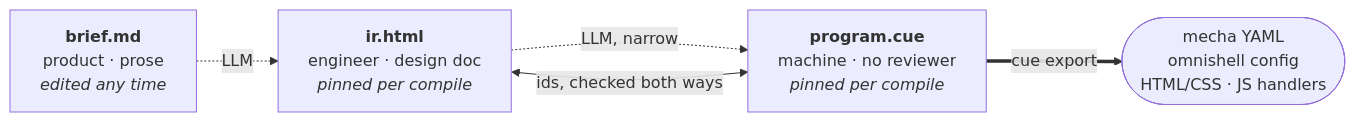
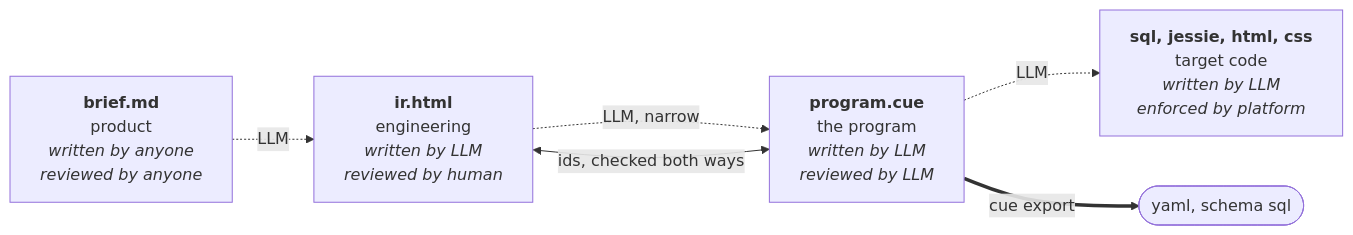
Before and after one commit to bonisoft3/pronto: the diagram in README.md, drawn with Mermaid. The commit also changed other lines of this file and 1 other file, not shown here.

````diff
--- a/README.md
+++ b/README.md
@@ -118,11 +114,13 @@
 ```mermaid
 flowchart LR
-  brief["<b>brief.md</b><br/>product · prose<br/><i>edited any time</i>"]
-  ir["<b>ir.html</b><br/>engineer · design doc<br/><i>pinned per compile</i>"]
-  cue["<b>program.cue</b><br/>machine · no reviewer<br/><i>pinned per compile</i>"]
-  out(["mecha YAML<br/>omnishell config<br/>HTML/CSS · JS handlers"])
+  brief["<b>brief.md</b><br/>product<br/><i>written by anyone<br/>reviewed by anyone</i>"]
+  ir["<b>ir.html</b><br/>engineering<br/><i>written by LLM<br/>reviewed by human</i>"]
+  cue["<b>program.cue</b><br/>the program<br/><i>written by LLM<br/>reviewed by LLM</i>"]
+  target["<b>sql, jessie, html, css</b><br/>target code<br/><i>written by LLM<br/>enforced by platform</i>"]
+  emitted(["yaml, schema sql"])
   brief -. LLM .-> ir
   ir -. "LLM, narrow" .-> cue
-  cue == cue export ==> out
+  cue -. LLM .-> target
+  cue == cue export ==> emitted
   ir <-- "ids, checked both ways" --> cue
 ```
````
